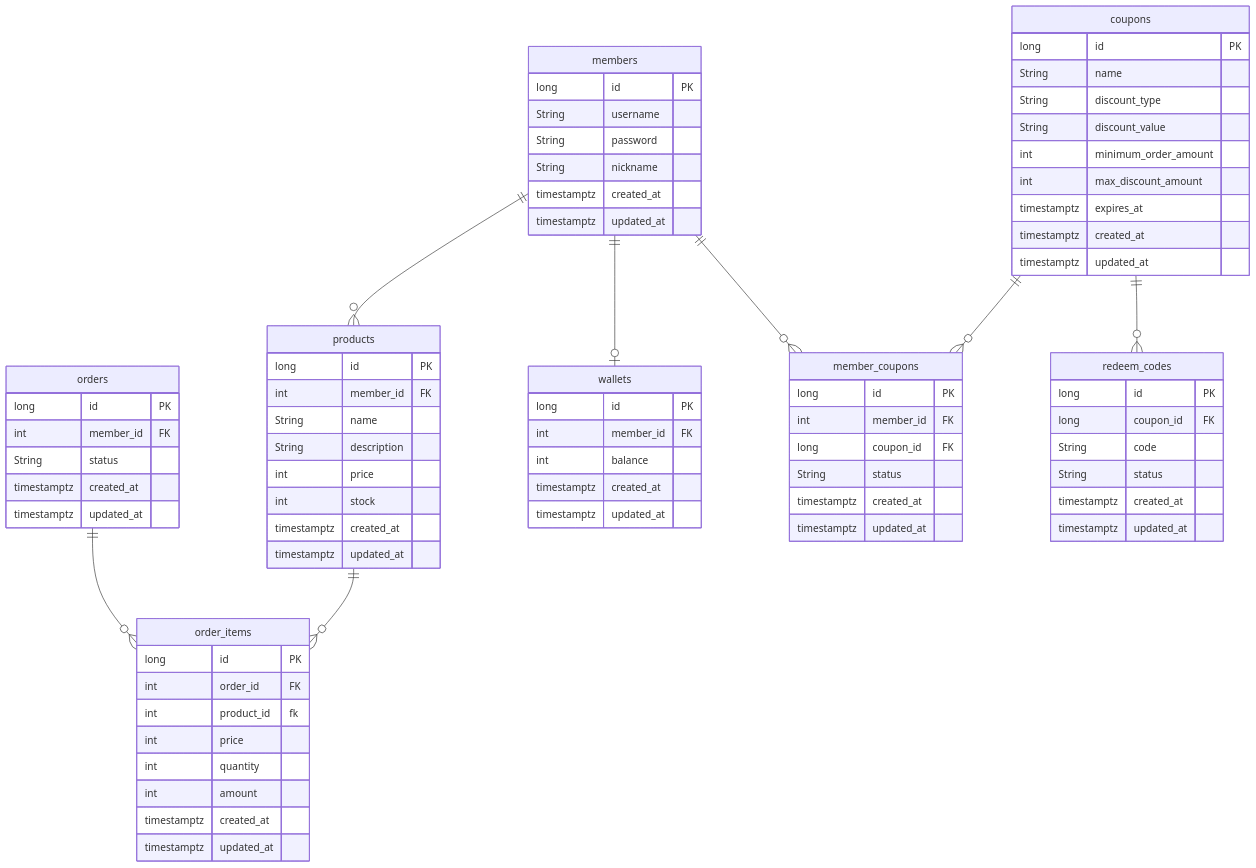
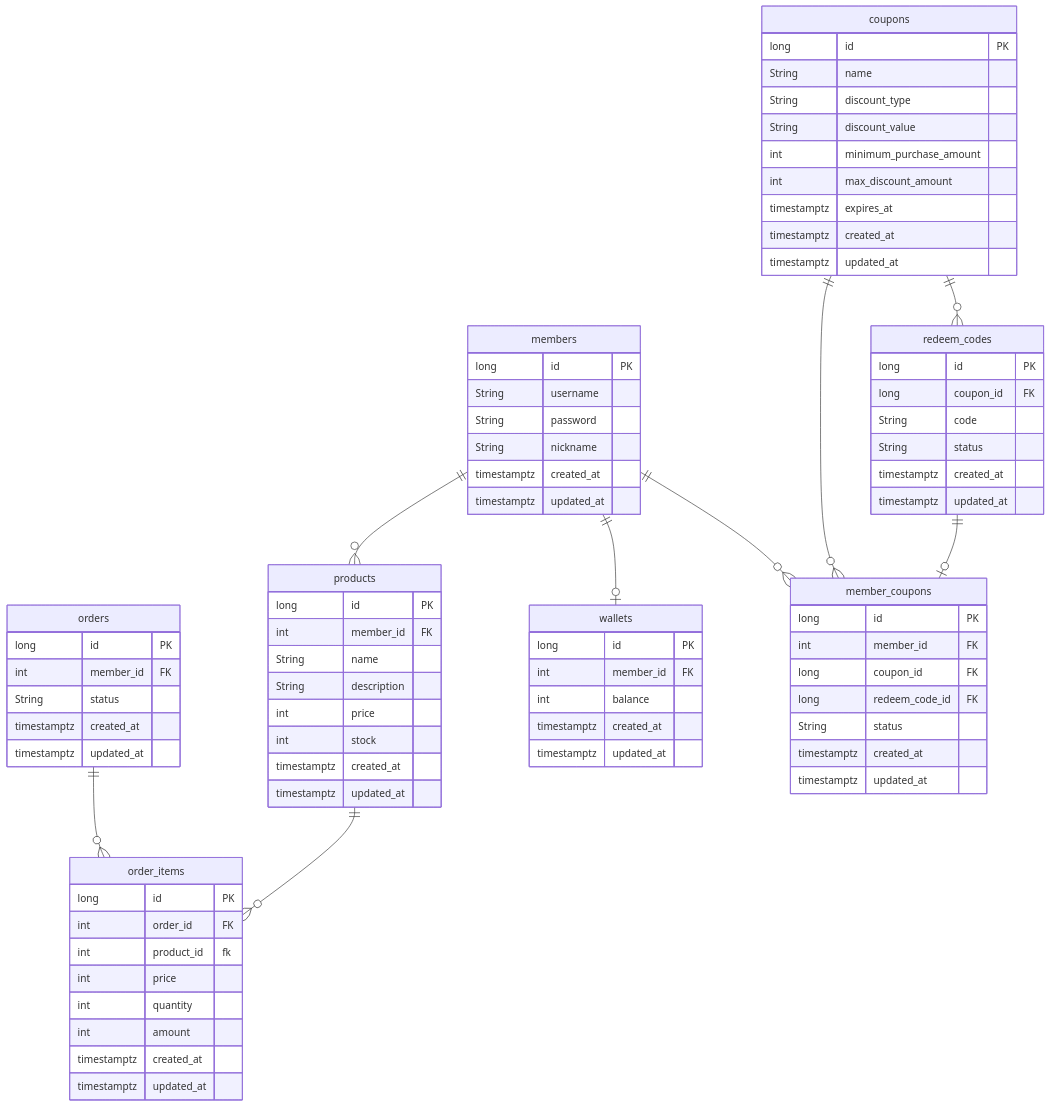
One commit to dodudi/rudy-project changed the diagram in document/docs/erd.md. Above: the diagram before and after it, drawn with Mermaid.

````diff
--- a/document/docs/erd.md
+++ b/document/docs/erd.md
@@ -53,7 +53,7 @@
   String name
   String discount_type
   String discount_value
-  int minimum_order_amount
+  int minimum_purchase_amount
   int max_discount_amount
   timestamptz expires_at
   timestamptz created_at
@@ -64,6 +64,7 @@
   long id PK
   int member_id FK
   long coupon_id FK
+  long redeem_code_id FK
   String status
   timestamptz created_at
   timestamptz updated_at 
@@ -82,7 +83,8 @@
 orders ||--o{ order_items : ""
 products ||--o{ order_items : ""
 members ||--o| wallets : ""
+coupons ||--o{ redeem_codes : ""
 members ||--o{ member_coupons : ""
 coupons ||--o{ member_coupons : ""
-coupons ||--o{ redeem_codes : ""
+redeem_codes ||--o| member_coupons : ""
 ```
````
